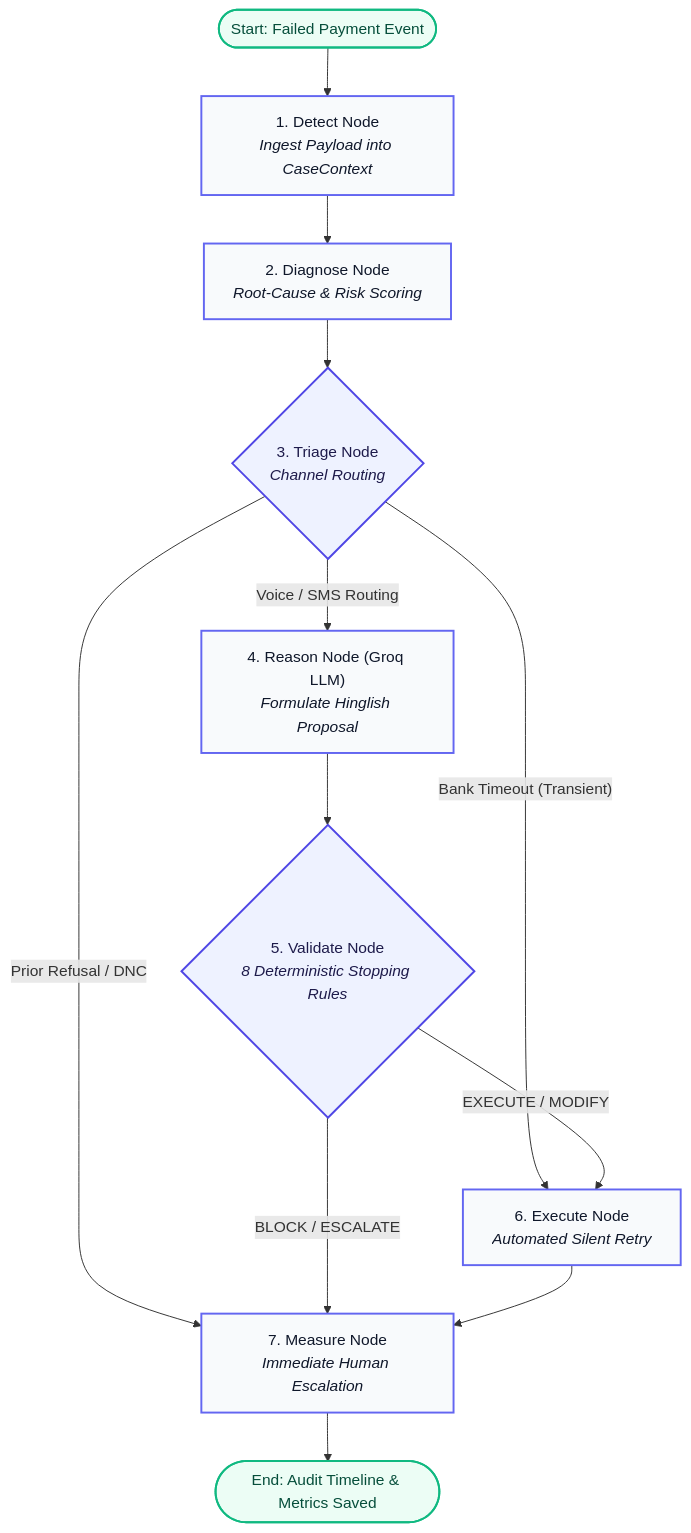
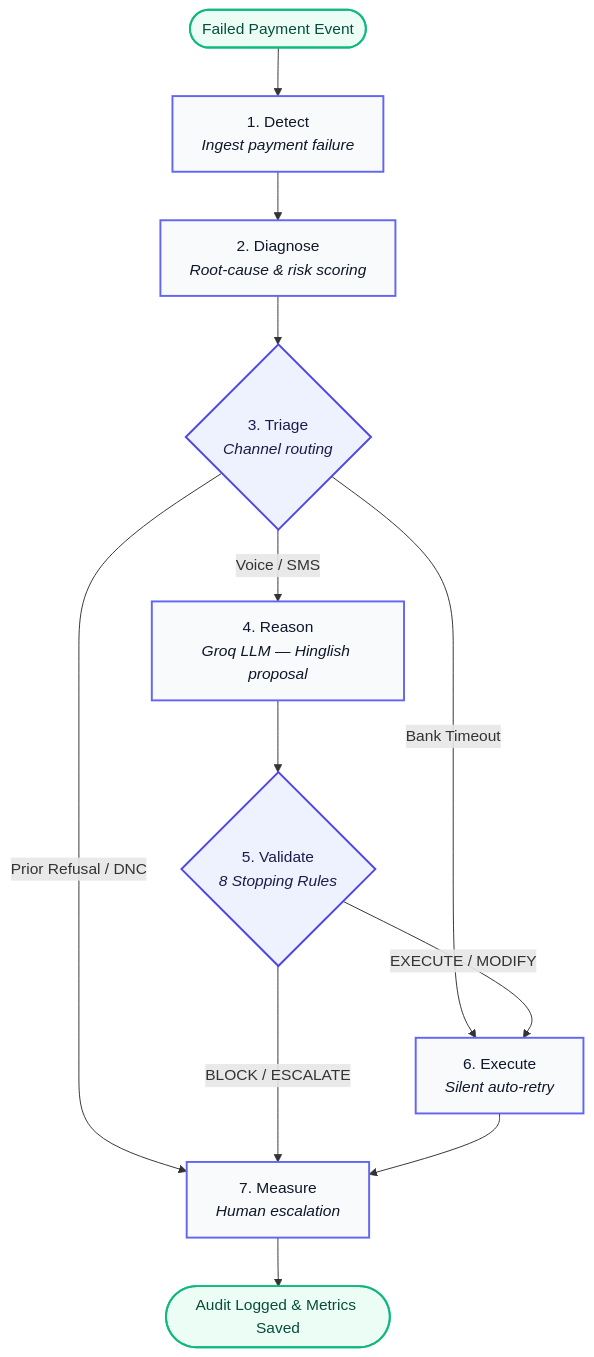
The diagram in README.md (Aditya13hack/ai-revenue-recovery-agent_Project404), drawn with Mermaid before and after one commit. The commit also changed other lines of this file and 27 other files, not shown here.

````diff
--- a/README.md
+++ b/README.md
@@ -93,30 +45,25 @@
 ```mermaid
 graph TD
-    START([Start: Failed Payment Event]) --> Detect["1. Detect Node<br/><i>Ingest Payload into CaseContext</i>"]
-    Detect --> Diagnose["2. Diagnose Node<br/><i>Root-Cause & Risk Scoring</i>"]
-    Diagnose --> Triage{"3. Triage Node<br/><i>Channel Routing</i>"}
+    START([Failed Payment Event]) --> Detect["1. Detect<br/><i>Ingest payment failure</i>"]
+    Detect --> Diagnose["2. Diagnose<br/><i>Root-cause & risk scoring</i>"]
+    Diagnose --> Triage{"3. Triage<br/><i>Channel routing</i>"}
 
-    %% Triage Branching
-    Triage -- "Bank Timeout (Transient)" --> Execute["6. Execute Node<br/><i>Automated Silent Retry</i>"]
-    Triage -- "Prior Refusal / DNC" --> Measure["7. Measure Node<br/><i>Immediate Human Escalation</i>"]
-    Triage -- "Voice / SMS Routing" --> Reason["4. Reason Node (Groq LLM)<br/><i>Formulate Hinglish Proposal</i>"]
+    Triage -- "Bank Timeout" --> Execute["6. Execute<br/><i>Silent auto-retry</i>"]
+    Triage -- "Prior Refusal / DNC" --> Measure["7. Measure<br/><i>Human escalation</i>"]
+    Triage -- "Voice / SMS" --> Reason["4. Reason<br/><i>Groq LLM — Hinglish proposal</i>"]
 
-    %% Reasoning to Control Plane
-    Reason --> Validate{"5. Validate Node<br/><i>8 Deterministic Stopping Rules</i>"}
+    Reason --> Validate{"5. Validate<br/><i>8 Stopping Rules</i>"}
 
-    %% Control Plane Branching
     Validate -- "EXECUTE / MODIFY" --> Execute
     Validate -- "BLOCK / ESCALATE" --> Measure
 
     Execute --> Measure
-    Measure --> END([End: Audit Timeline & Metrics Saved])
+    Measure --> END([Audit Logged & Metrics Saved])
 
-    %% Styling
-    classDef nodeStyle fill:#f8fafc,stroke:#6366f1,stroke-width:2px,color:#0f172a;
-    classDef decisionStyle fill:#eef2ff,stroke:#4f46e5,stroke-width:2px,color:#1e1b4b;
-    classDef startEnd fill:#ecfdf5,stroke:#10b981,stroke-width:2px,color:#064e3b;
+    classDef default fill:#f8fafc,stroke:#6366f1,stroke-width:2px,color:#0f172a;
+    classDef decision fill:#eef2ff,stroke:#4f46e5,stroke-width:2px,color:#1e1b4b;
+    classDef endpoint fill:#ecfdf5,stroke:#10b981,stroke-width:2px,color:#064e3b;
 
-    class START,END startEnd;
-    class Detect,Diagnose,Reason,Execute,Measure nodeStyle;
-    class Triage,Validate decisionStyle;
+    class START,END endpoint;
+    class Triage,Validate decision;
 ```
````
